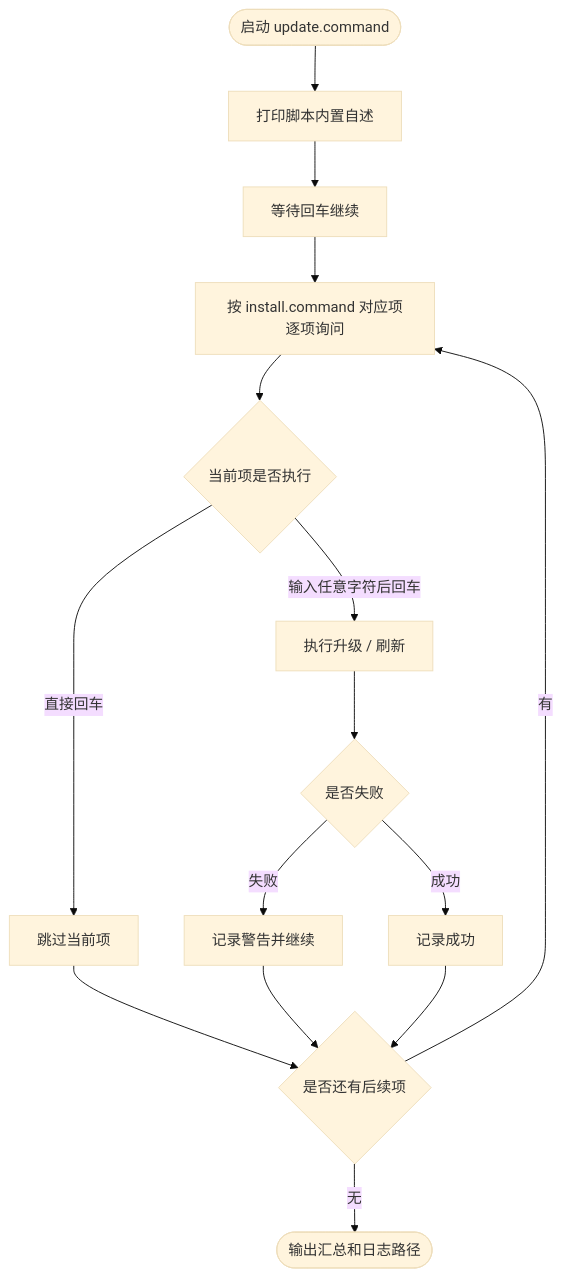
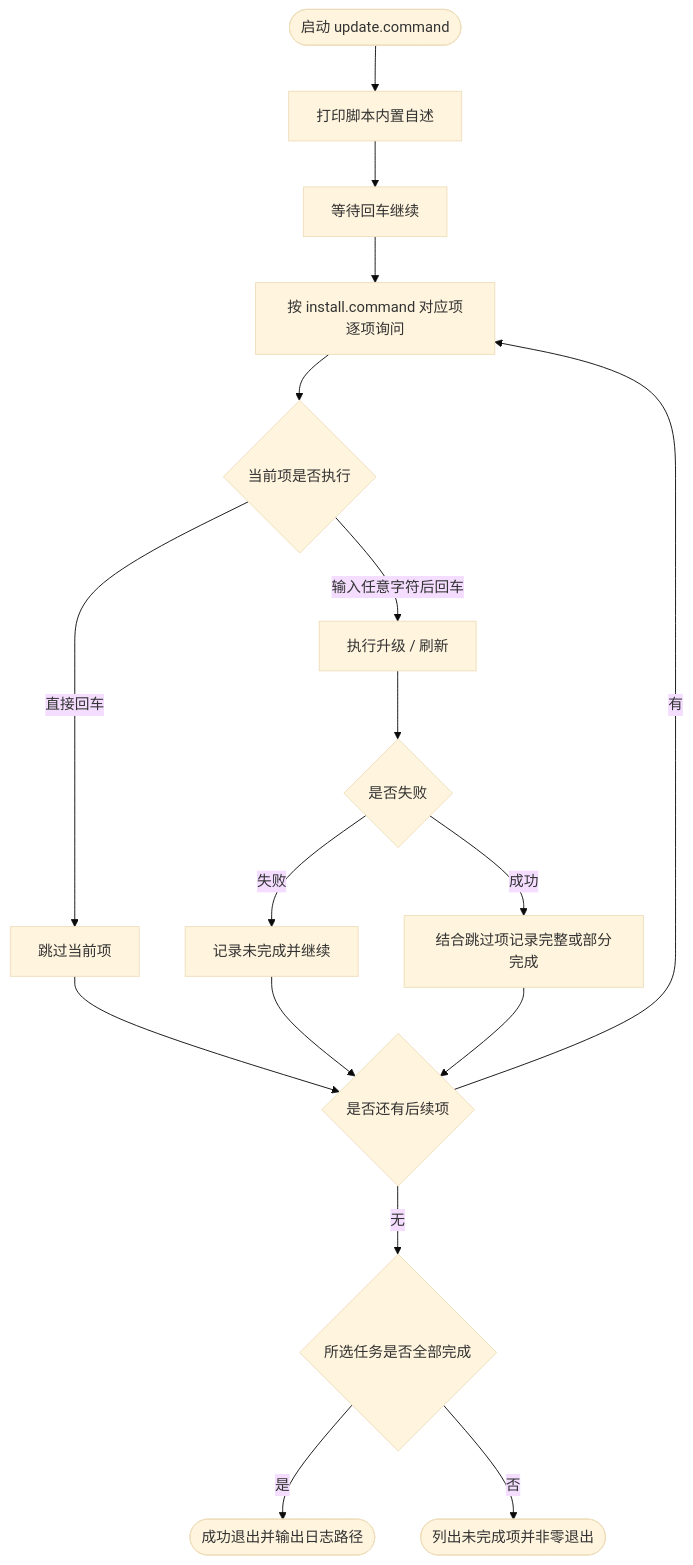
One commit to JobsKits/JobsMacEnvVarConfigs changed the first of 2 diagrams in scripts/update.command/README.md. Above: the diagram before and after it, drawn with Mermaid (base theme). The commit also changed other lines of this file and 10 other files, not shown here.

````diff
--- a/scripts/update.command/README.md
+++ b/scripts/update.command/README.md
@@ -492,17 +526,19 @@
 ```mermaid
 flowchart TD
     A([启动 update.command]) --> B[打印脚本内置自述]
     B --> C[等待回车继续]
     C --> D[按 install.command 对应项逐项询问]
     D --> E{当前项是否执行}
     E -->|输入任意字符后回车| F[执行升级 / 刷新]
     E -->|直接回车| G[跳过当前项]
     F --> H{是否失败}
-    H -->|失败| I[记录警告并继续]
-    H -->|成功| J[记录成功]
+    H -->|失败| I[记录未完成并继续]
+    H -->|成功| J[结合跳过项记录完整或部分完成]
     G --> K{是否还有后续项}
     I --> K
     J --> K
     K -->|有| D
-    K -->|无| L([输出汇总和日志路径])
+    K -->|无| L{所选任务是否全部完成}
+    L -->|是| M([成功退出并输出日志路径])
+    L -->|否| N([列出未完成项并非零退出])
 ```
````
